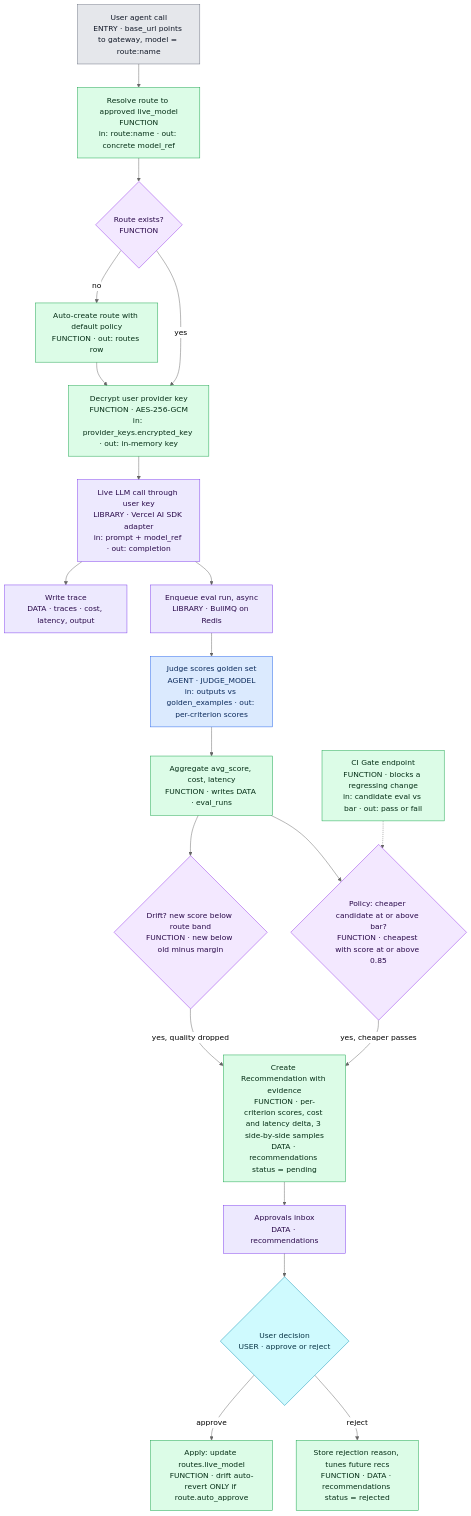
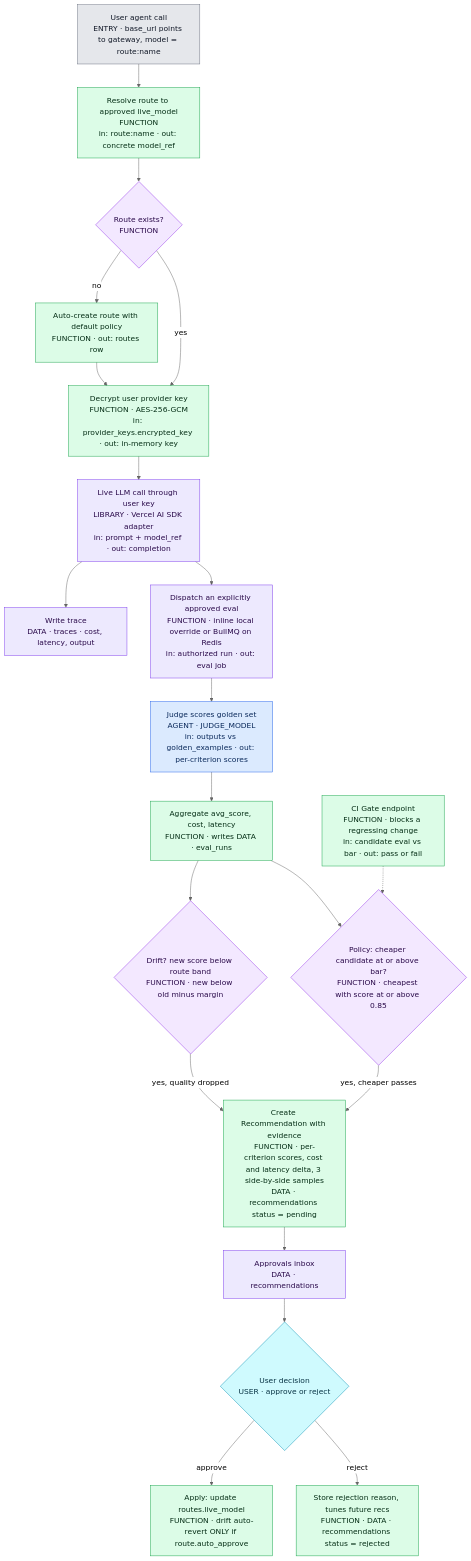
The diagram in docs/mermaid/00-master-flow.mmd (APareek89/Blindspot_v1), drawn with Mermaid (neutral theme) before and after one commit. The commit also changed 39 other files, not shown here.

```diff
--- a/docs/mermaid/00-master-flow.mmd
+++ b/docs/mermaid/00-master-flow.mmd
@@ -1,42 +1,44 @@
 %% Blindspot — master flow: Observe -> Eval -> Recommend -> Approve -> Route -> Gate
 %% BUILT & verified live 2026-07-16 (Groq + Supabase). Dashboard surface: see 05-dashboard-mgmt.mmd.
+%% files: apps/gateway/src/index.ts, packages/core/src/eval/queue.ts, packages/core/src/eval/runner.ts, packages/core/src/policy.ts, packages/core/src/approvals.ts
+%% granularity: summary
 flowchart TD
   A["User agent call<br/>ENTRY · base_url points to gateway, model = route:name"]:::term
   B["Resolve route to approved live_model<br/>FUNCTION<br/>in: route:name · out: concrete model_ref"]:::fn
   C{"Route exists?<br/>FUNCTION"}:::dec
   D["Auto-create route with default policy<br/>FUNCTION · out: routes row"]:::fn
   E["Decrypt user provider key<br/>FUNCTION · AES-256-GCM<br/>in: provider_keys.encrypted_key · out: in-memory key"]:::fn
   F["Live LLM call through user key<br/>LIBRARY · Vercel AI SDK adapter<br/>in: prompt + model_ref · out: completion"]:::data
   G["Write trace<br/>DATA · traces · cost, latency, output"]:::data
-  H["Enqueue eval run, async<br/>LIBRARY · BullMQ on Redis"]:::data
+  H["Dispatch an explicitly approved eval<br/>FUNCTION · inline local override or BullMQ on Redis<br/>in: authorized run · out: eval job"]:::data
   I["Judge scores golden set<br/>AGENT · JUDGE_MODEL<br/>in: outputs vs golden_examples · out: per-criterion scores"]:::agent
   J["Aggregate avg_score, cost, latency<br/>FUNCTION · writes DATA · eval_runs"]:::fn
   K{"Drift? new score below route band<br/>FUNCTION · new below old minus margin"}:::dec
   L{"Policy: cheaper candidate at or above bar?<br/>FUNCTION · cheapest with score at or above 0.85"}:::dec
   M["Create Recommendation with evidence<br/>FUNCTION · per-criterion scores, cost and latency delta, 3 side-by-side samples<br/>DATA · recommendations status = pending"]:::fn
   N["Approvals inbox<br/>DATA · recommendations"]:::data
   O{"User decision<br/>USER · approve or reject"}:::ask
   P["Apply: update routes.live_model<br/>FUNCTION · drift auto-revert ONLY if route.auto_approve"]:::fn
   Q["Store rejection reason, tunes future recs<br/>FUNCTION · DATA · recommendations status = rejected"]:::fn
   R["CI Gate endpoint<br/>FUNCTION · blocks a regressing change<br/>in: candidate eval vs bar · out: pass or fail"]:::fn
 
   A --> B --> C
   C -- "no" --> D --> E
   C -- "yes" --> E
   E --> F --> G
   F --> H --> I --> J
   J --> K
   J --> L
   K -- "yes, quality dropped" --> M
   L -- "yes, cheaper passes" --> M
   M --> N --> O
   O -- "approve" --> P
   O -- "reject" --> Q
   R -.-> L
 
   classDef agent fill:#dbeafe,stroke:#2563eb,color:#0b2a5b;
   classDef fn fill:#dcfce7,stroke:#16a34a,color:#052e16;
   classDef dec fill:#f3e8ff,stroke:#9333ea,color:#2a0a4a;
   classDef term fill:#e5e7eb,stroke:#6b7280,color:#111827;
   classDef ask fill:#cffafe,stroke:#0891b2,color:#083344;
   classDef data fill:#ede9fe,stroke:#7c3aed,color:#2a0a4a;
```
